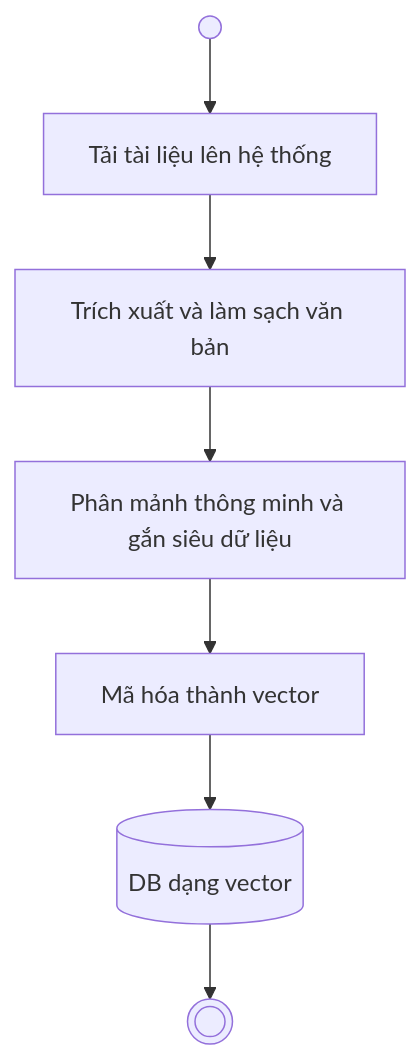
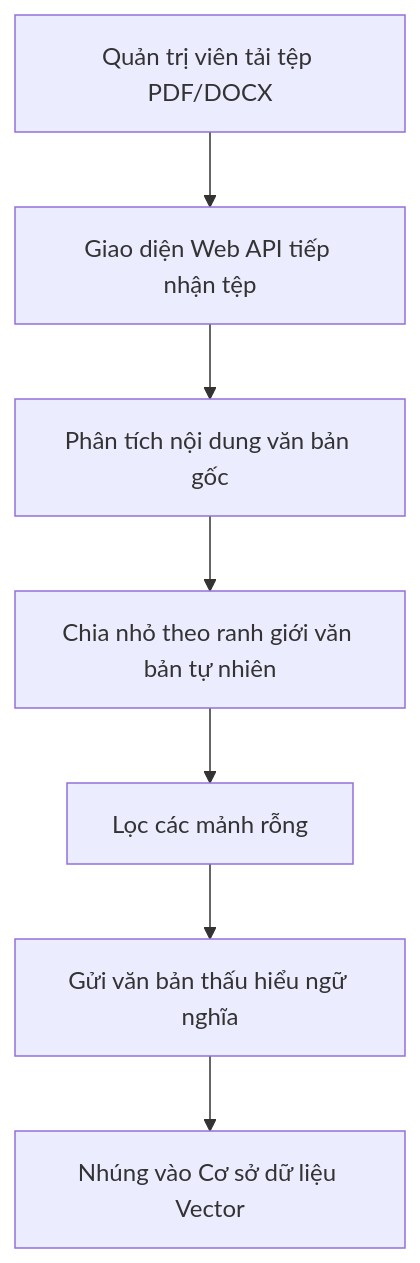
The fourth of 7 diagrams in Planning/Content/2_Chuong2.md (tranhongs0n/DATN), drawn with Mermaid before and after one commit. The commit also changed other lines of this file and 17 other files, not shown here.

````diff
--- a/Planning/Content/2_Chuong2.md
+++ b/Planning/Content/2_Chuong2.md
@@ -78,9 +151,9 @@
 ```mermaid
 graph TD
-    A(( )) --> B[Tải tài liệu lên hệ thống]
-    B --> C[Trích xuất và làm sạch văn bản]
-    C --> D[Phân mảnh thông minh và gắn siêu dữ liệu]
-    D --> E[Mã hóa thành vector]
-    E --> F[(DB dạng vector)]
-    F --> G((( )))
+    A[Quản trị viên tải tệp PDF/DOCX] --> B[Giao diện Web API tiếp nhận tệp]
+    B --> C[Phân tích nội dung văn bản gốc]
+    C --> D[Chia nhỏ theo ranh giới văn bản tự nhiên]
+    D --> E[Lọc các mảnh rỗng]
+    E --> F[Gửi văn bản thấu hiểu ngữ nghĩa]
+    F --> G[Nhúng vào Cơ sở dữ liệu Vector]
 ```
````
